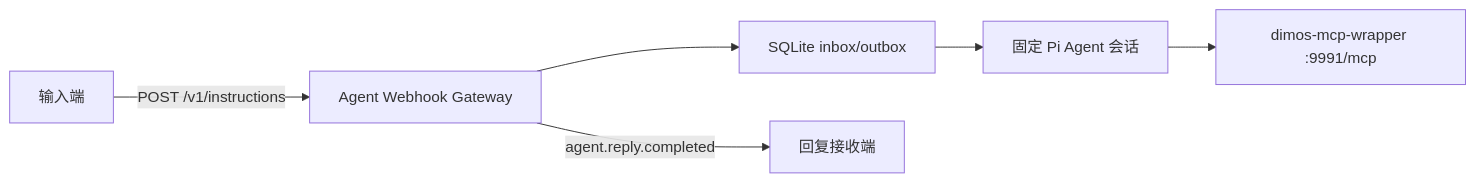
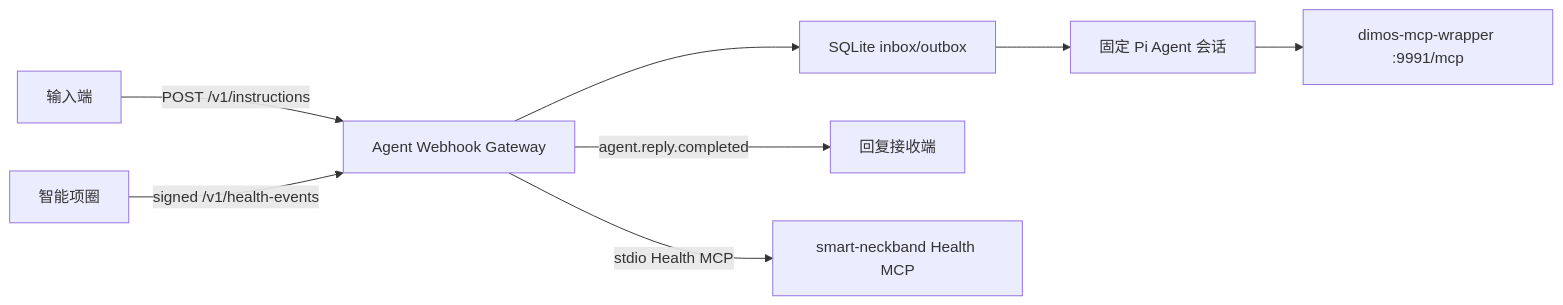
The diagram in components/agent-framework/agent-webhook-gateway/README.md (human-chocker-and-robot-dog/agent), drawn with Mermaid before and after one commit. The commit also changed other lines of this file and 17 other files, not shown here.

First line of the commit message:
feat(agent): add Health MCP v0.2 consumer with signed webhook

````diff
--- a/components/agent-framework/agent-webhook-gateway/README.md
+++ b/components/agent-framework/agent-webhook-gateway/README.md
@@ -5,8 +5,10 @@
 ```mermaid
 flowchart LR
     I["输入端"] -->|"POST /v1/instructions"| G["Agent Webhook Gateway"]
     G --> Q["SQLite inbox/outbox"]
     Q --> A["固定 Pi Agent 会话"]
     A --> W["dimos-mcp-wrapper :9991/mcp"]
     G -->|"agent.reply.completed"| R["回复接收端"]
+    H["智能项圈"] -->|"signed /v1/health-events"| G
+    G -->|"stdio Health MCP"| M["smart-neckband Health MCP"]
 ```
````
